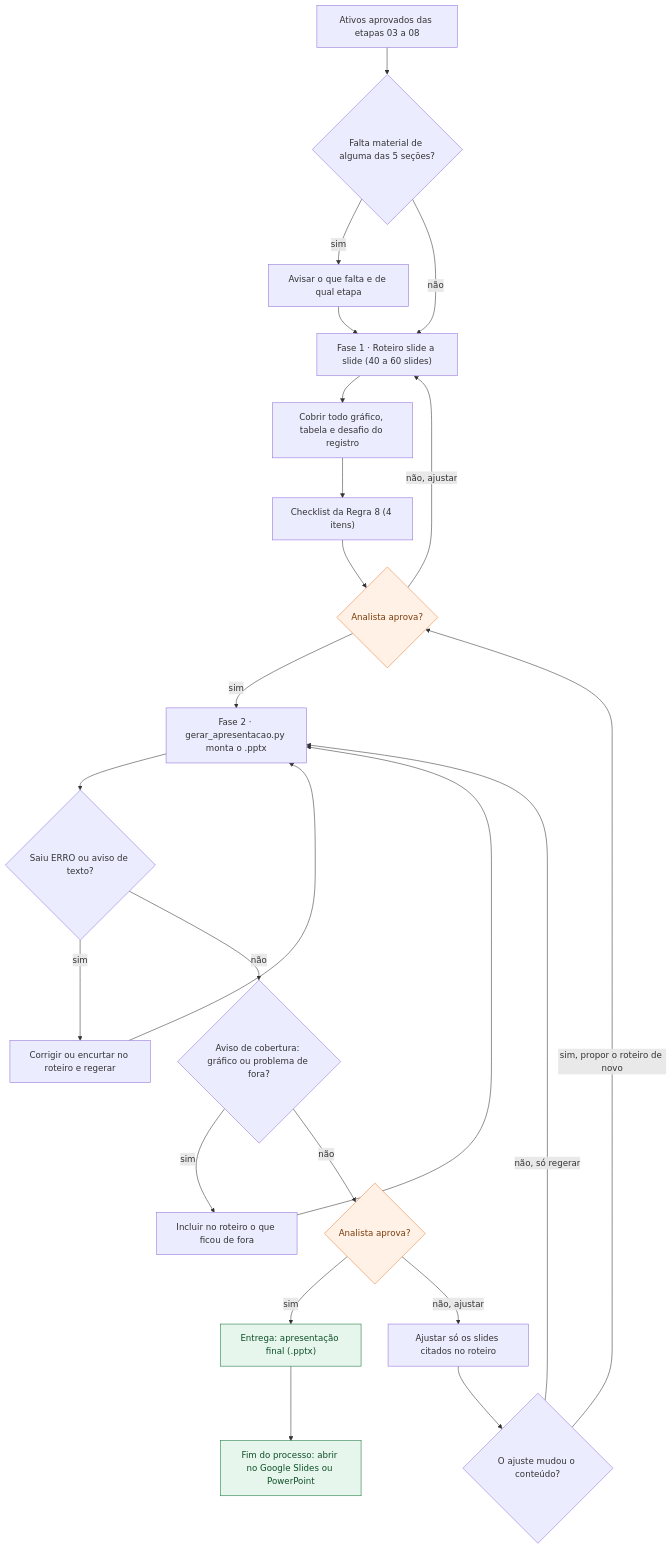
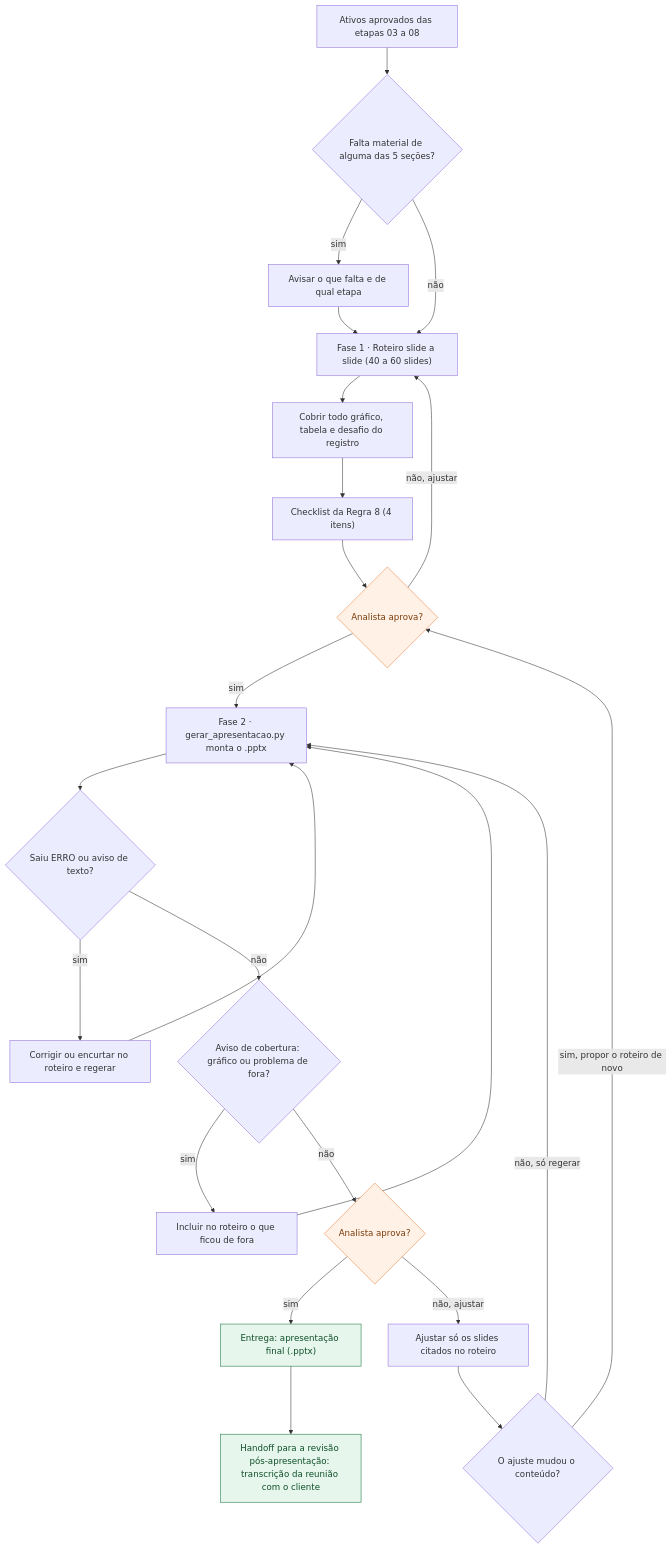
The diagram in .claude/skills/09-apresentacao-final/fluxo.mmd (MatheusBoomer/growth-cycle-boomer), drawn with Mermaid before and after one commit. The commit also changed 13 other files, not shown here.

Commit message:
feat(skill-10): revisão pós-apresentação, fluxograma e textos

```diff
--- a/.claude/skills/09-apresentacao-final/fluxo.mmd
+++ b/.claude/skills/09-apresentacao-final/fluxo.mmd
@@ -1,47 +1,47 @@
 flowchart TD
   I1["Ativos aprovados das etapas 03 a 08"]
   D1{"Falta material de alguma das 5 seções?"}
   P1["Avisar o que falta e de qual etapa"]
   P2["Fase 1 · Roteiro slide a slide (40 a 60 slides)"]
   P3["Cobrir todo gráfico, tabela e desafio do registro"]
   P4["Checklist da Regra 8 (4 itens)"]
   C1{"Analista aprova?"}
   P5["Fase 2 · gerar_apresentacao.py monta o .pptx"]
   D2{"Saiu ERRO ou aviso de texto?"}
   P6["Corrigir ou encurtar no roteiro e regerar"]
   D3{"Aviso de cobertura: gráfico ou problema de fora?"}
   P8["Incluir no roteiro o que ficou de fora"]
   C2{"Analista aprova?"}
   P7["Ajustar só os slides citados no roteiro"]
   D4{"O ajuste mudou o conteúdo?"}
   E1["Entrega: apresentação final (.pptx)"]
-  FIM["Fim do processo: abrir no Google Slides ou PowerPoint"]
+  FIM["Handoff para a revisão pós-apresentação: transcrição da reunião com o cliente"]
 
   I1 --> D1
   D1 -->|"sim"| P1
   D1 -->|"não"| P2
   P1 --> P2
   P2 --> P3
   P3 --> P4
   P4 --> C1
   C1 -->|"sim"| P5
   C1 -->|"não, ajustar"| P2
   P5 --> D2
   D2 -->|"sim"| P6
   P6 --> P5
   D2 -->|"não"| D3
   D3 -->|"sim"| P8
   P8 --> P5
   D3 -->|"não"| C2
   C2 -->|"sim"| E1
   C2 -->|"não, ajustar"| P7
   P7 --> D4
   D4 -->|"sim, propor o roteiro de novo"| C1
   D4 -->|"não, só regerar"| P5
   E1 --> FIM
 
   class C1,C2 checkpoint
   class E1,FIM entrega
   classDef checkpoint fill:#fff1e6,stroke:#e8803a,color:#7a3d0c
   classDef subagente fill:#e8f0fd,stroke:#1f4fa8,color:#173a7a
   classDef entrega fill:#e6f6ec,stroke:#16743b,color:#0f4f28
```
